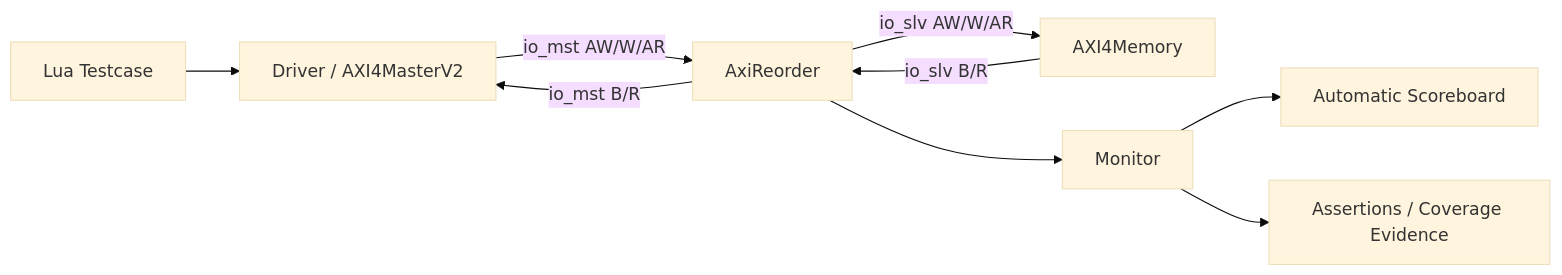
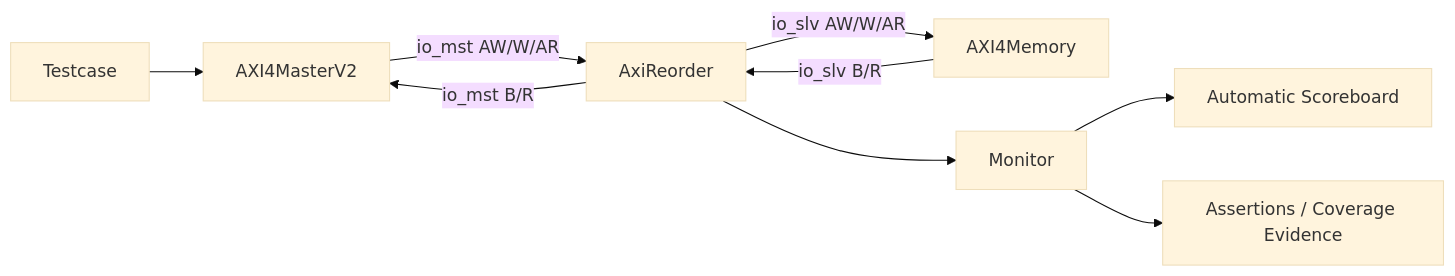
Before and after one commit to sttlucheng/testAxiInfra: the diagram in ut/AxiReorder/TestAxiReorder.md, drawn with Mermaid (base theme). The commit also changed other lines of this file, not shown here.

````diff
--- a/ut/AxiReorder/TestAxiReorder.md
+++ b/ut/AxiReorder/TestAxiReorder.md
@@ -141,11 +141,11 @@
 ```mermaid
 flowchart LR
-    TC[Lua Testcase] --> DRV[Driver / AXI4MasterV2]
+    TC[Testcase] --> DRV[AXI4MasterV2]
     DRV -->|io_mst AW/W/AR| DUT[AxiReorder]
     DUT -->|io_mst B/R| DRV
     DUT -->|io_slv AW/W/AR| MEM[AXI4Memory]
     MEM -->|io_slv B/R| DUT
     DUT --> MON[Monitor]
     MON --> SB[Automatic Scoreboard]
     MON --> COV[Assertions / Coverage Evidence]
 ```
````
